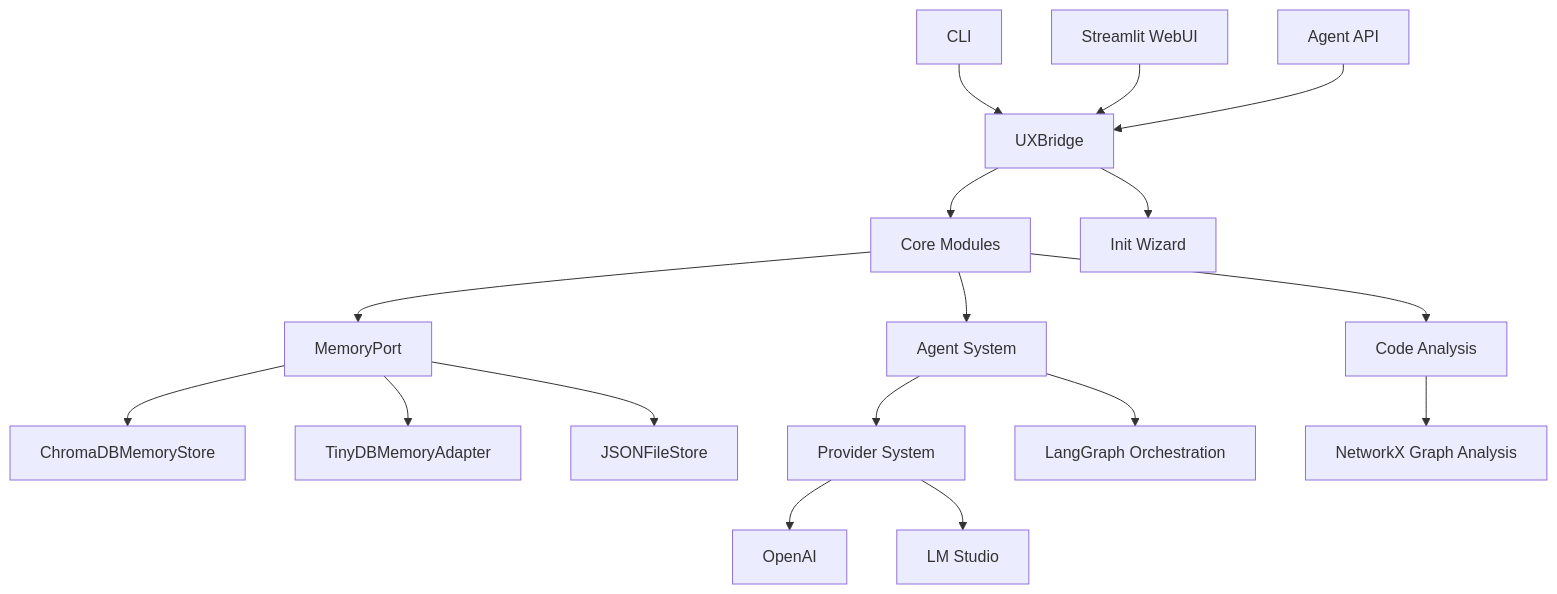
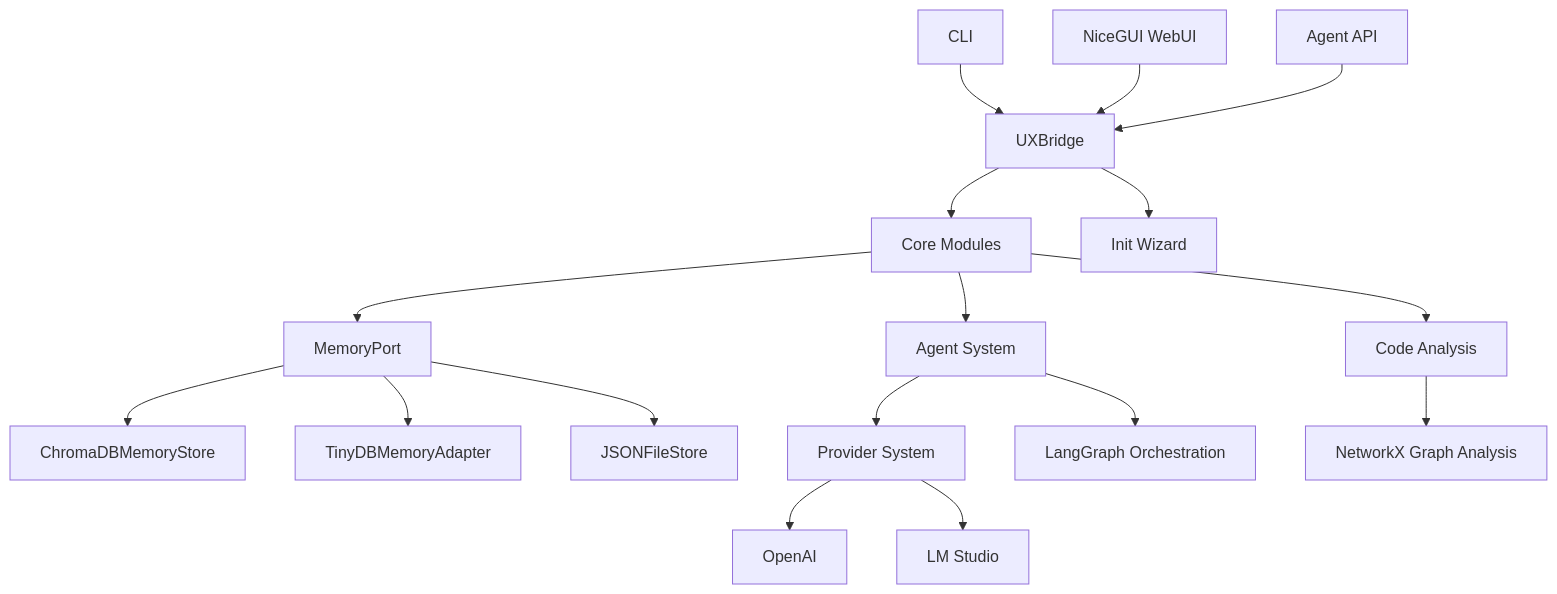
The first of 2 diagrams in docs/architecture/overview.md (ravenoak/devsynth), drawn with Mermaid before and after one commit. The commit also changed other lines of this file and 34 other files, not shown here.

Commit message:
docs: migrate WebUI docs to NiceGUI

````diff
--- a/docs/architecture/overview.md
+++ b/docs/architecture/overview.md
@@ -45,19 +45,19 @@
 ```mermaid
 graph TD
     CLI[CLI] --> UXBridge[UXBridge]
-    WebUI[Streamlit WebUI] --> UXBridge
+    WebUI[NiceGUI WebUI] --> UXBridge
     API[Agent API] --> UXBridge
     UXBridge --> B[Core Modules]
     UXBridge --> IW[Init Wizard]
     B --> C[Agent System]
     B --> D[Code Analysis]
     B --> E[MemoryPort]
     E --> F[ChromaDBMemoryStore]
     E --> G[TinyDBMemoryAdapter]
     E --> H[JSONFileStore]
     C --> I[Provider System]
     I --> J[OpenAI]
     I --> K[LM Studio]
     C --> L[LangGraph Orchestration]
     D --> M[NetworkX Graph Analysis]
 ```
````
